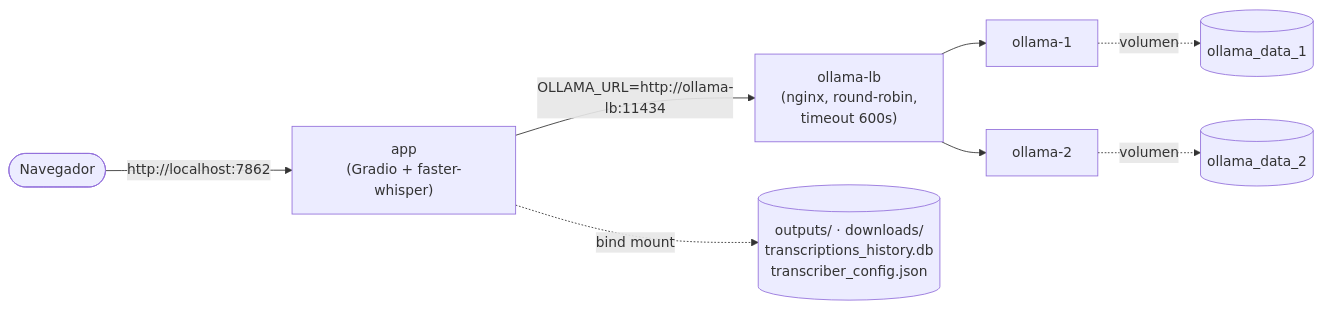
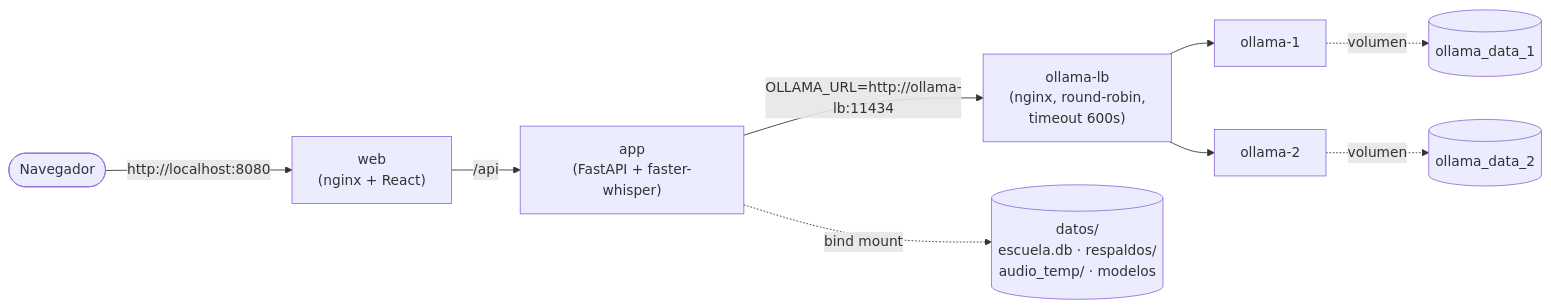
Before and after one commit to Tamborconpatas/ClaseAIdia: the diagram in docs/Notas_de_Instalacion.md, drawn with Mermaid. The commit also changed other lines of this file and 17 other files, not shown here.

Commit message:
Docker y documentación para la aplicación real: web (nginx + React), backend FastAPI, https y GPU por compose; README y guías de instalación sin Gradio

````diff
--- a/docs/Notas_de_Instalacion.md
+++ b/docs/Notas_de_Instalacion.md
@@ -114,10 +115,11 @@
 ```mermaid
 flowchart LR
-    U(["Navegador"]) -- "http://localhost:7862" --> APP["app<br/>(Gradio + faster-whisper)"]
+    U(["Navegador"]) -- "http://localhost:8080" --> WEB["web<br/>(nginx + React)"]
+    WEB -- "/api" --> APP["app<br/>(FastAPI + faster-whisper)"]
     APP -- "OLLAMA_URL=http://ollama-lb:11434" --> LB["ollama-lb<br/>(nginx, round-robin,<br/>timeout 600s)"]
     LB --> O1["ollama-1"]
     LB --> O2["ollama-2"]
-    APP -.->|"bind mount"| DATA[("outputs/ · downloads/<br/>transcriptions_history.db<br/>transcriber_config.json")]
+    APP -.->|"bind mount"| DATA[("datos/<br/>escuela.db · respaldos/<br/>audio_temp/ · modelos")]
     O1 -.->|"volumen"| V1[("ollama_data_1")]
     O2 -.->|"volumen"| V2[("ollama_data_2")]
 ```
````
